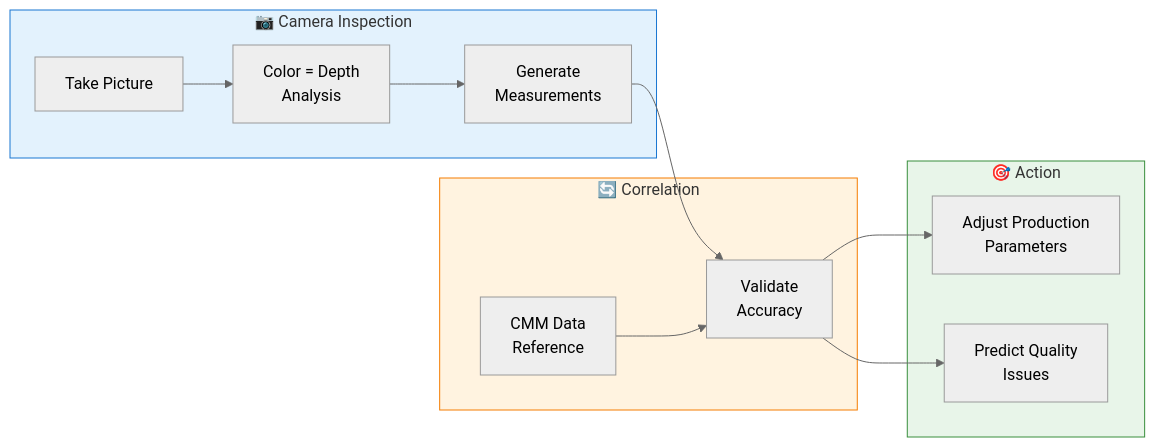
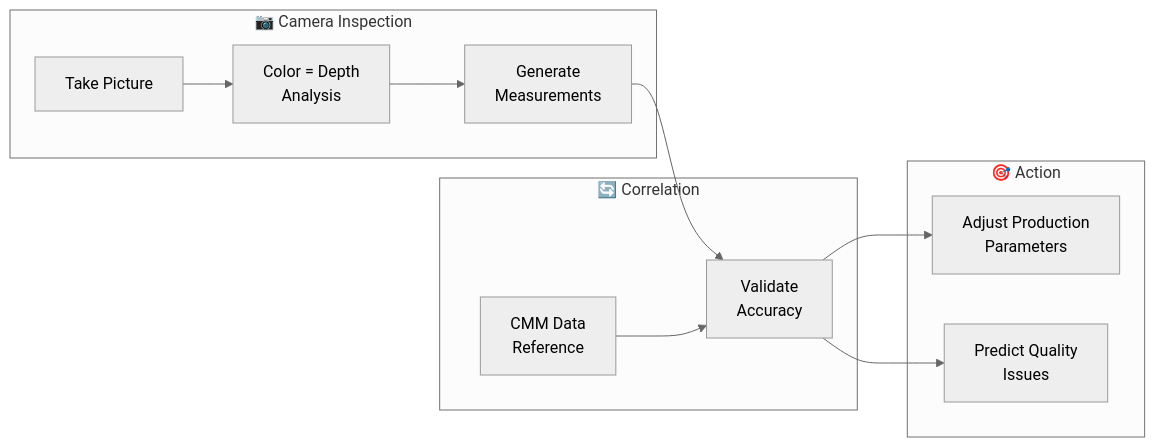
One commit to KSangmuang/SPC-Dashboard changed the fourth of 12 diagrams in README.md. Above: the diagram before and after it, drawn with Mermaid (neutral theme). The commit also changed other lines of this file, not shown here.

````diff
--- a/README.md
+++ b/README.md
@@ -195,28 +181,24 @@
 ```mermaid
 flowchart LR
     subgraph CAMERA["📷 Camera Inspection"]
         C1[Take Picture]
         C2[Color = Depth<br/>Analysis]
         C3[Generate<br/>Measurements]
     end
     
     subgraph COMPARE["🔄 Correlation"]
         CMM[CMM Data<br/>Reference]
         VALIDATE[Validate<br/>Accuracy]
     end
     
     subgraph ACTION["🎯 Action"]
         ADJUST[Adjust Production<br/>Parameters]
         PREDICT[Predict Quality<br/>Issues]
     end
     
     C1 --> C2 --> C3
     C3 --> VALIDATE
     CMM --> VALIDATE
     VALIDATE --> ADJUST
     VALIDATE --> PREDICT
-    
-    style CAMERA fill:#e3f2fd,stroke:#1976d2
-    style COMPARE fill:#fff3e0,stroke:#f57c00
-    style ACTION fill:#e8f5e9,stroke:#388e3c
 ```
````
